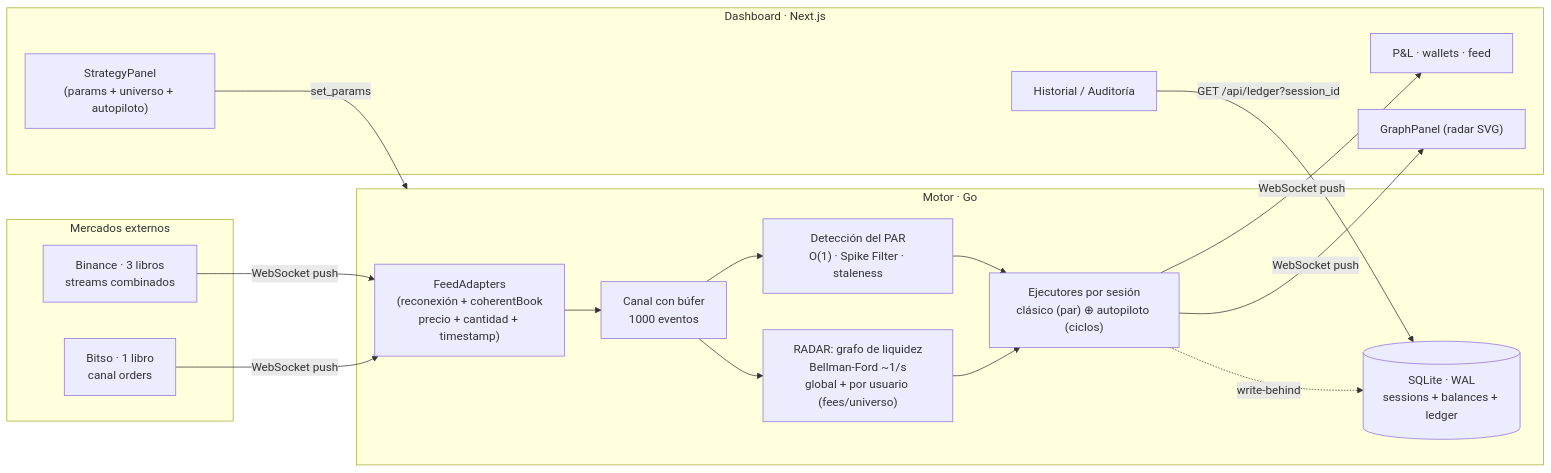
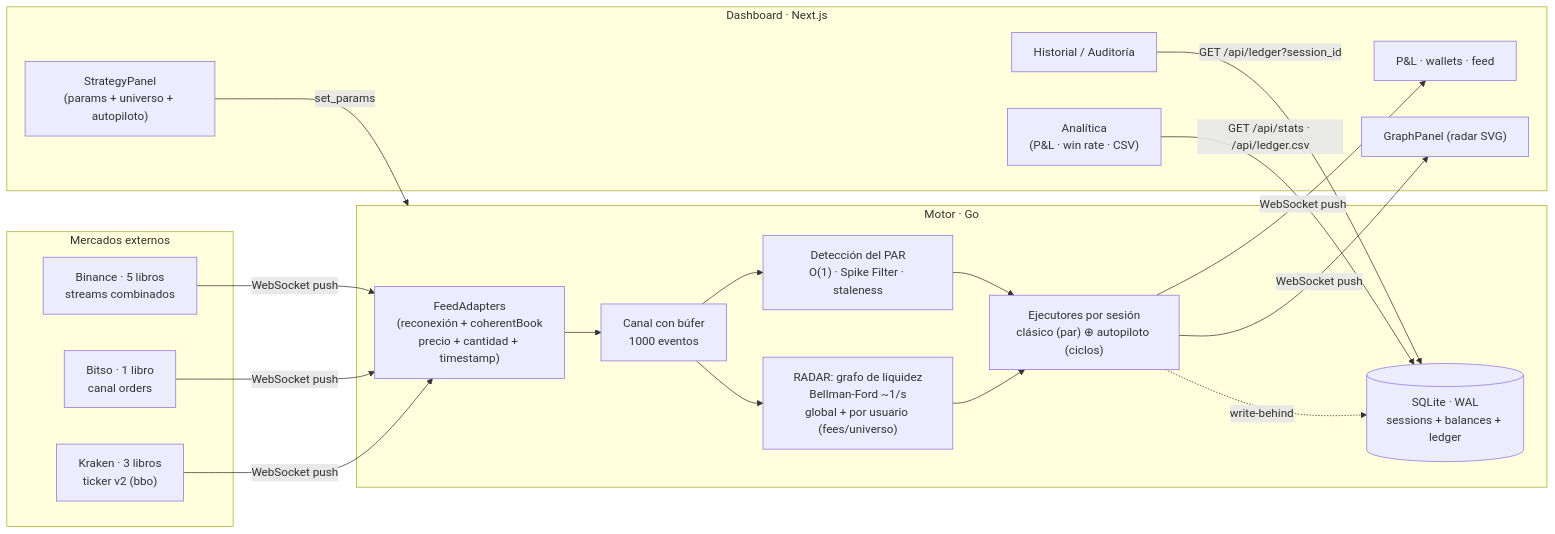
The diagram in README.md (d1512pb/Arus), drawn with Mermaid before and after one commit. The commit also changed other lines of this file and 1 other file, not shown here.

````diff
--- a/README.md
+++ b/README.md
@@ -263,30 +276,33 @@
 ```mermaid
 flowchart LR
     subgraph EXT["Mercados externos"]
-        BIN["Binance · 3 libros<br/>streams combinados"]
+        BIN["Binance · 5 libros<br/>streams combinados"]
         BIT["Bitso · 1 libro<br/>canal orders"]
+        KRK["Kraken · 3 libros<br/>ticker v2 (bbo)"]
     end
 
     subgraph ENGINE["Motor · Go"]
         WS["FeedAdapters<br/>(reconexión + coherentBook<br/>precio + cantidad + timestamp)"]
         CH["Canal con búfer<br/>1000 eventos"]
         EVAL["Detección del PAR<br/>O(1) · Spike Filter · staleness"]
         GRAPH["RADAR: grafo de liquidez<br/>Bellman-Ford ~1/s<br/>global + por usuario (fees/universo)"]
         EXEC["Ejecutores por sesión<br/>clásico (par) ⊕ autopiloto (ciclos)"]
         DB[("SQLite · WAL<br/>sessions + balances + ledger")]
     end
 
     subgraph WEB["Dashboard · Next.js"]
         UI["P&L · wallets · feed"]
         RADAR["GraphPanel (radar SVG)"]
         STRAT["StrategyPanel<br/>(params + universo + autopiloto)"]
         AUDIT["Historial / Auditoría"]
+        ANLT["Analítica<br/>(P&L · win rate · CSV)"]
     end
 
-    BIN & BIT -->|WebSocket push| WS --> CH --> EVAL --> EXEC
+    BIN & BIT & KRK -->|WebSocket push| WS --> CH --> EVAL --> EXEC
     CH --> GRAPH --> EXEC
     EXEC -->|WebSocket push| UI & RADAR
     STRAT -->|set_params| ENGINE
     EXEC -.->|write-behind| DB
     AUDIT -->|GET /api/ledger?session_id| DB
+    ANLT -->|GET /api/stats · /api/ledger.csv| DB
 ```
````
